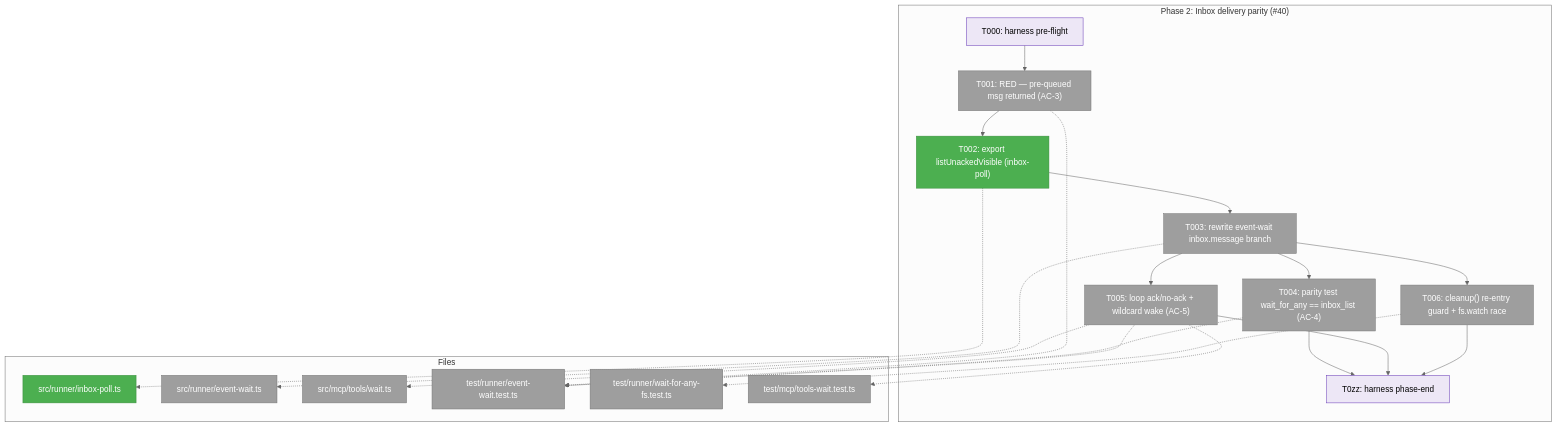
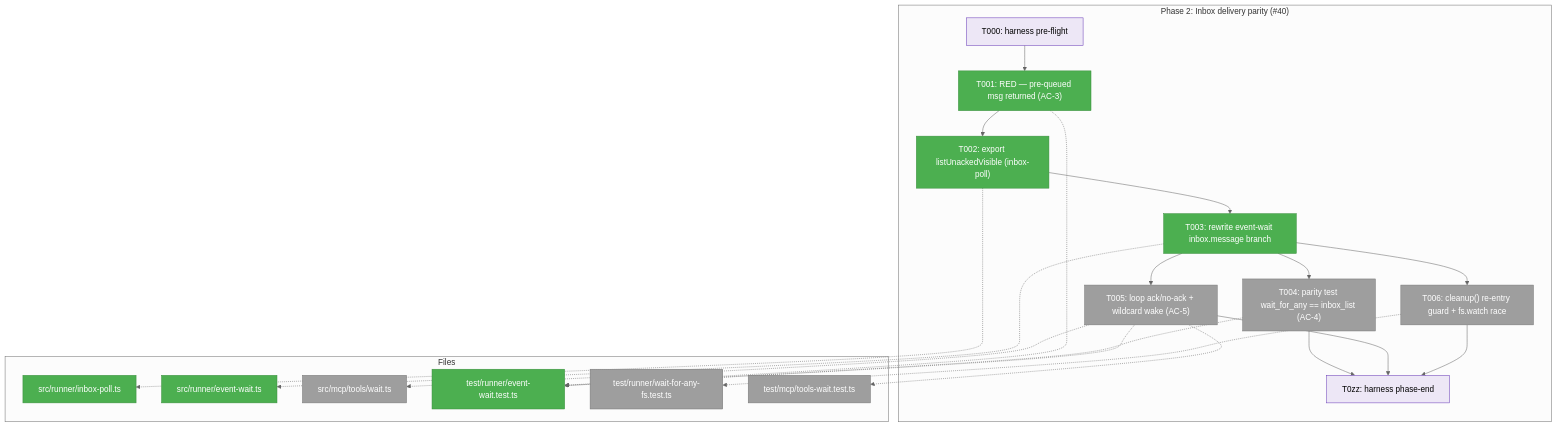
Before and after one commit to AI-Substrate/minih: the first of 3 diagrams in docs/plans/027-companion-coordination/tasks/phase-2-inbox-delivery-parity/tasks.md, drawn with Mermaid (neutral theme). The commit also changed other lines of this file and 3 other files, not shown here.

First line of the commit message:
fix(runner): wait_for_any delivers pre-queued inbox messages (#40)

````diff
--- a/docs/plans/027-companion-coordination/tasks/phase-2-inbox-delivery-parity/tasks.md
+++ b/docs/plans/027-companion-coordination/tasks/phase-2-inbox-delivery-parity/tasks.md
@@ -79,43 +79,43 @@
 ```mermaid
 flowchart TD
     classDef pending fill:#9E9E9E,stroke:#757575,color:#fff
     classDef completed fill:#4CAF50,stroke:#388E3C,color:#fff
     classDef seam fill:#EDE7F6,stroke:#673AB7,color:#000
 
     subgraph Phase["Phase 2: Inbox delivery parity (#40)"]
         T000["T000: harness pre-flight"]:::seam
-        T001["T001: RED — pre-queued msg returned (AC-3)"]:::pending
+        T001["T001: RED — pre-queued msg returned (AC-3)"]:::completed
         T002["T002: export listUnackedVisible (inbox-poll)"]:::completed
-        T003["T003: rewrite event-wait inbox.message branch"]:::pending
+        T003["T003: rewrite event-wait inbox.message branch"]:::completed
         T004["T004: parity test wait_for_any == inbox_list (AC-4)"]:::pending
         T005["T005: loop ack/no-ack + wildcard wake (AC-5)"]:::pending
         T006["T006: cleanup() re-entry guard + fs.watch race"]:::pending
         T0zz["T0zz: harness phase-end"]:::seam
 
         T000 --> T001 --> T002 --> T003
         T003 --> T004
         T003 --> T005
         T003 --> T006
         T004 --> T0zz
         T005 --> T0zz
         T006 --> T0zz
     end
 
     subgraph Files["Files"]
         F1["src/runner/inbox-poll.ts"]:::completed
-        F2["src/runner/event-wait.ts"]:::pending
+        F2["src/runner/event-wait.ts"]:::completed
         F3["src/mcp/tools/wait.ts"]:::pending
-        FT1["test/runner/event-wait.test.ts"]:::pending
+        FT1["test/runner/event-wait.test.ts"]:::completed
         FT2["test/runner/wait-for-any-fs.test.ts"]:::pending
         FT3["test/mcp/tools-wait.test.ts"]:::pending
     end
 
     T002 -.-> F1
     T003 -.-> F2
     T001 -.-> FT1
     T004 -.-> FT1
     T005 -.-> FT1
     T005 -.-> FT3
     T006 -.-> FT2
     T005 -.-> F3
 ```
````
